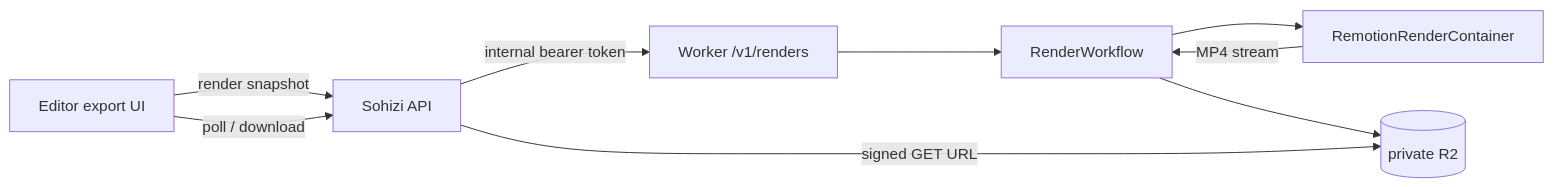
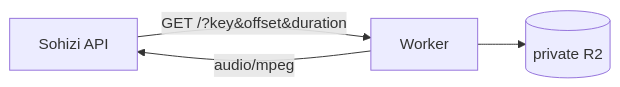
The diagram in apps/cloudflare/README.md (sohizi-entreprise/sohizi-ai-content), drawn with Mermaid before and after one commit. The commit also changed other lines of this file and 69 other files, not shown here.

````diff
--- a/apps/cloudflare/README.md
+++ b/apps/cloudflare/README.md
@@ -9,11 +5,6 @@
 ```mermaid
 flowchart LR
-  Editor[Editor export UI] -->|"render snapshot"| Api[Sohizi API]
-  Api -->|"internal bearer token"| Worker[Worker /v1/renders]
-  Worker --> Workflow[RenderWorkflow]
-  Workflow --> Container[RemotionRenderContainer]
-  Container -->|"MP4 stream"| Workflow
-  Workflow --> R2[(private R2)]
-  Editor -->|"poll / download"| Api
-  Api -->|"signed GET URL"| R2
+  Api[Sohizi API] -->|"GET /?key&offset&duration"| Worker[Worker]
+  Worker --> R2[(private R2)]
+  Worker -->|"audio/mpeg"| Api
 ```
````
